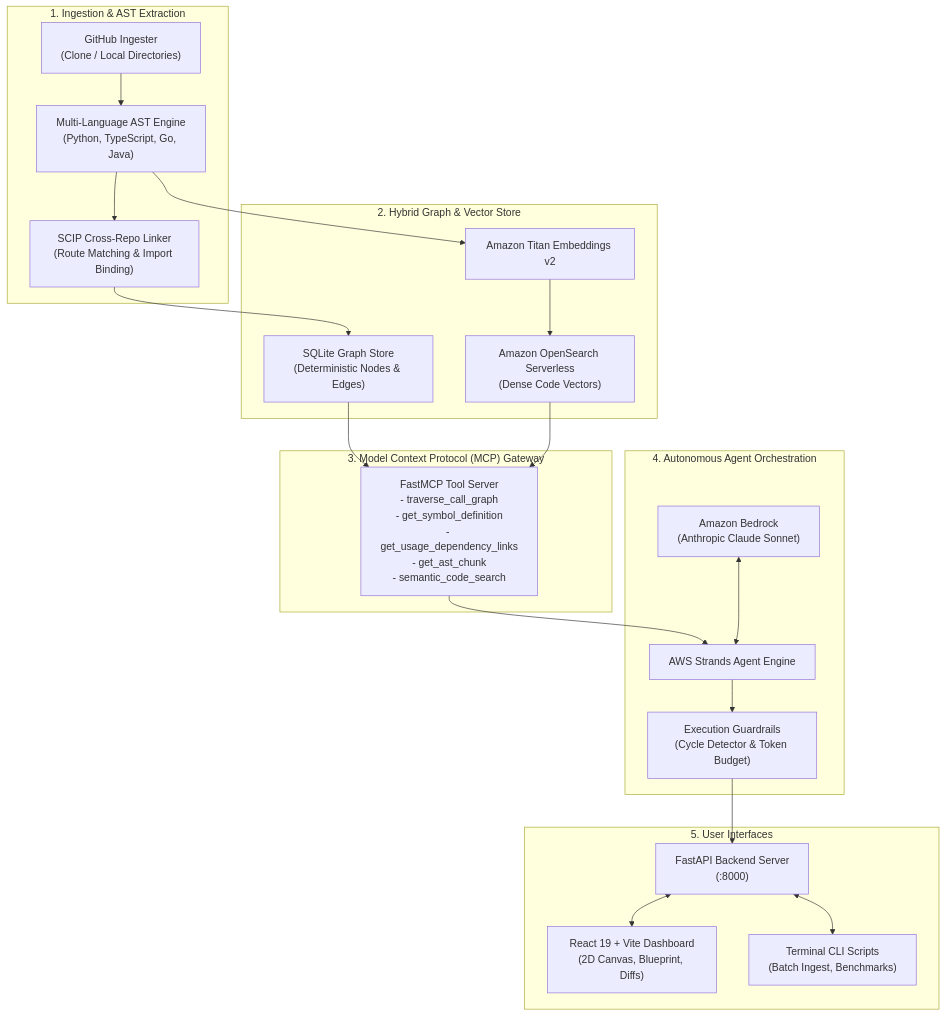
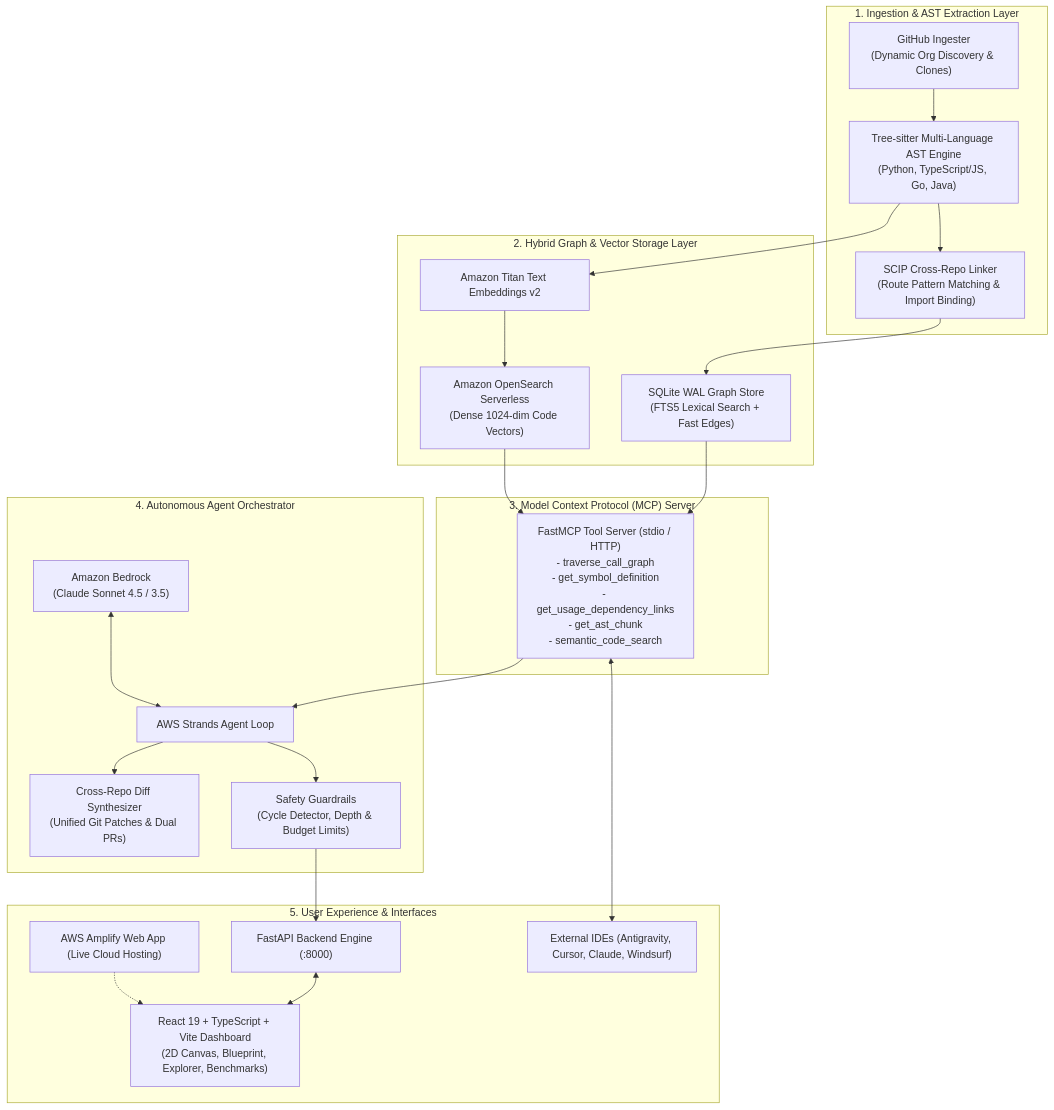
One commit to CrossContext/CrossContext changed the diagram in README.md. Above: the diagram before and after it, drawn with Mermaid. The commit also changed other lines of this file, not shown here.

Commit message:
docs: update README with comprehensive architecture, benchmarks, MCP setup, and live demo

````diff
--- a/README.md
+++ b/README.md
@@ -85,40 +96,44 @@
 ```mermaid
 flowchart TB
-    subgraph IngestionLayer["1. Ingestion & AST Extraction"]
-        GH["GitHub Ingester\n(Clone / Local Directories)"]
-        Parser["Multi-Language AST Engine\n(Python, TypeScript, Go, Java)"]
-        SCIP["SCIP Cross-Repo Linker\n(Route Matching & Import Binding)"]
+    subgraph IngestionLayer["1. Ingestion & AST Extraction Layer"]
+        GH["GitHub Ingester\n(Dynamic Org Discovery & Clones)"]
+        Parser["Tree-sitter Multi-Language AST Engine\n(Python, TypeScript/JS, Go, Java)"]
+        SCIP["SCIP Cross-Repo Linker\n(Route Pattern Matching & Import Binding)"]
         GH --> Parser --> SCIP
     end
 
-    subgraph StorageLayer["2. Hybrid Graph & Vector Store"]
-        SQLite["SQLite Graph Store\n(Deterministic Nodes & Edges)"]
-        AOSS["Amazon OpenSearch Serverless\n(Dense Code Vectors)"]
-        Titan["Amazon Titan Embeddings v2"]
+    subgraph StorageLayer["2. Hybrid Graph & Vector Storage Layer"]
+        SQLite["SQLite WAL Graph Store\n(FTS5 Lexical Search + Fast Edges)"]
+        AOSS["Amazon OpenSearch Serverless\n(Dense 1024-dim Code Vectors)"]
+        Titan["Amazon Titan Text Embeddings v2"]
         SCIP --> SQLite
         Parser --> Titan --> AOSS
     end
 
-    subgraph MCPGateway["3. Model Context Protocol (MCP) Gateway"]
-        MCP["FastMCP Tool Server\n- traverse_call_graph\n- get_symbol_definition\n- get_usage_dependency_links\n- get_ast_chunk\n- semantic_code_search"]
+    subgraph MCPGateway["3. Model Context Protocol (MCP) Server"]
+        MCP["FastMCP Tool Server (stdio / HTTP)\n- traverse_call_graph\n- get_symbol_definition\n- get_usage_dependency_links\n- get_ast_chunk\n- semantic_code_search"]
         SQLite & AOSS --> MCP
     end
 
-    subgraph OrchestratorLayer["4. Autonomous Agent Orchestration"]
-        Strands["AWS Strands Agent Engine"]
-        Bedrock["Amazon Bedrock\n(Anthropic Claude Sonnet)"]
-        Guardrails["Execution Guardrails\n(Cycle Detector & Token Budget)"]
+    subgraph OrchestratorLayer["4. Autonomous Agent Orchestrator"]
+        Strands["AWS Strands Agent Loop"]
+        Bedrock["Amazon Bedrock\n(Claude Sonnet 4.5 / 3.5)"]
+        DiffGen["Cross-Repo Diff Synthesizer\n(Unified Git Patches & Dual PRs)"]
+        Guardrails["Safety Guardrails\n(Cycle Detector, Depth & Budget Limits)"]
         MCP --> Strands
         Bedrock <--> Strands
+        Strands --> DiffGen
         Strands --> Guardrails
     end
 
-    subgraph InterfaceLayer["5. User Interfaces"]
-        API["FastAPI Backend Server\n(:8000)"]
-        ReactUI["React 19 + Vite Dashboard\n(2D Canvas, Blueprint, Diffs)"]
-        CLI["Terminal CLI Scripts\n(Batch Ingest, Benchmarks)"]
+    subgraph InterfaceLayer["5. User Experience & Interfaces"]
+        API["FastAPI Backend Engine (:8000)"]
+        Amplify["AWS Amplify Web App (Live Cloud Hosting)"]
+        ReactUI["React 19 + TypeScript + Vite Dashboard\n(2D Canvas, Blueprint, Explorer, Benchmarks)"]
+        IDEs["External IDEs (Antigravity, Cursor, Claude, Windsurf)"]
         Guardrails --> API
         API <--> ReactUI
-        API <--> CLI
+        Amplify -.-> ReactUI
+        MCP <--> IDEs
     end
 ```
````
